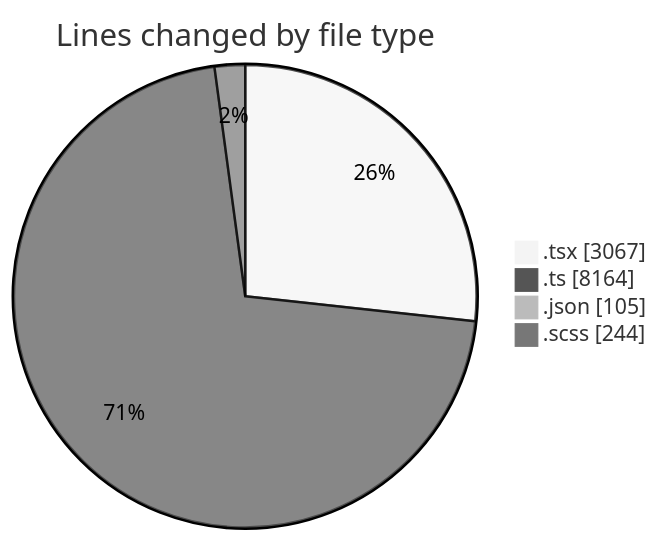
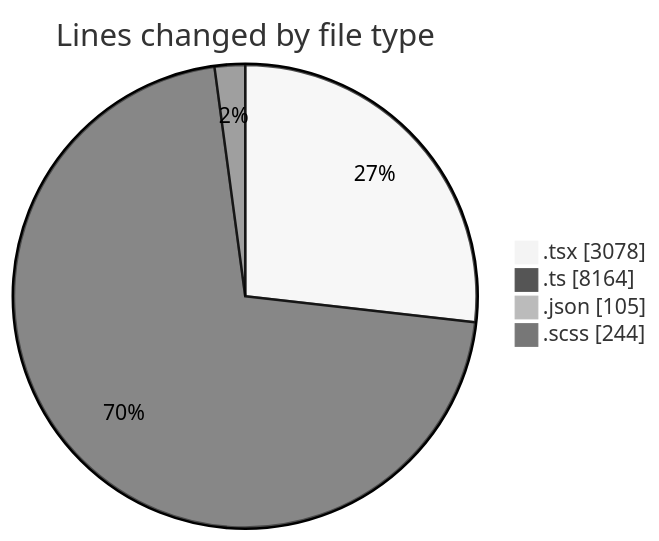
One commit to momahboobian/code-tracking changed the first of 2 diagrams in 2025-07-09/cda/README.md. Above: the diagram before and after it, drawn with Mermaid (neutral theme). The commit also changed other lines of this file and 1 other file, not shown here.

````diff
--- a/2025-07-09/cda/README.md
+++ b/2025-07-09/cda/README.md
@@ -38,8 +38,8 @@
 ```mermaid
 pie showData
 title Lines changed by file type
-".tsx" : 3067
+".tsx" : 3078
 ".ts" : 8164
 ".json" : 105
 ".scss" : 244
 ```
````
